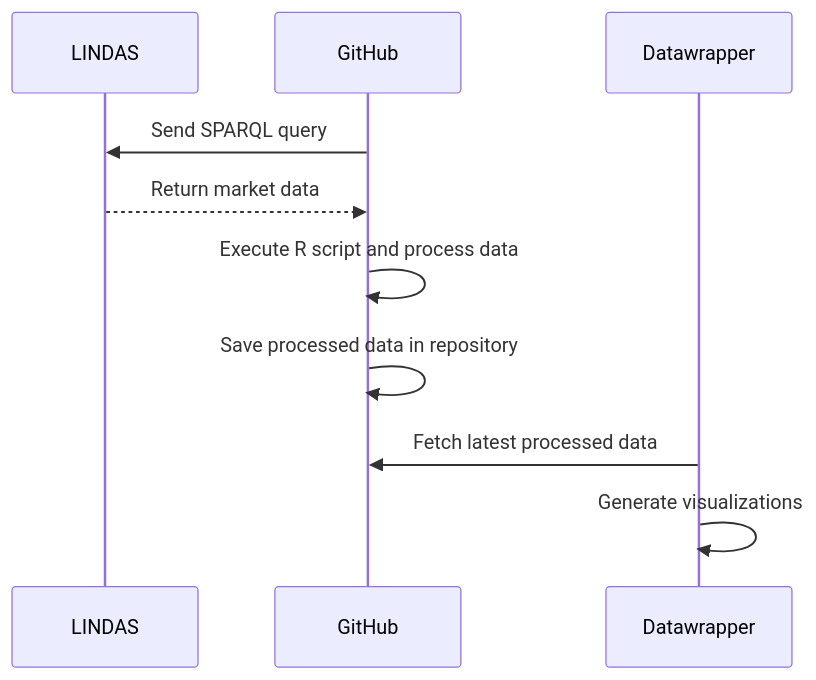
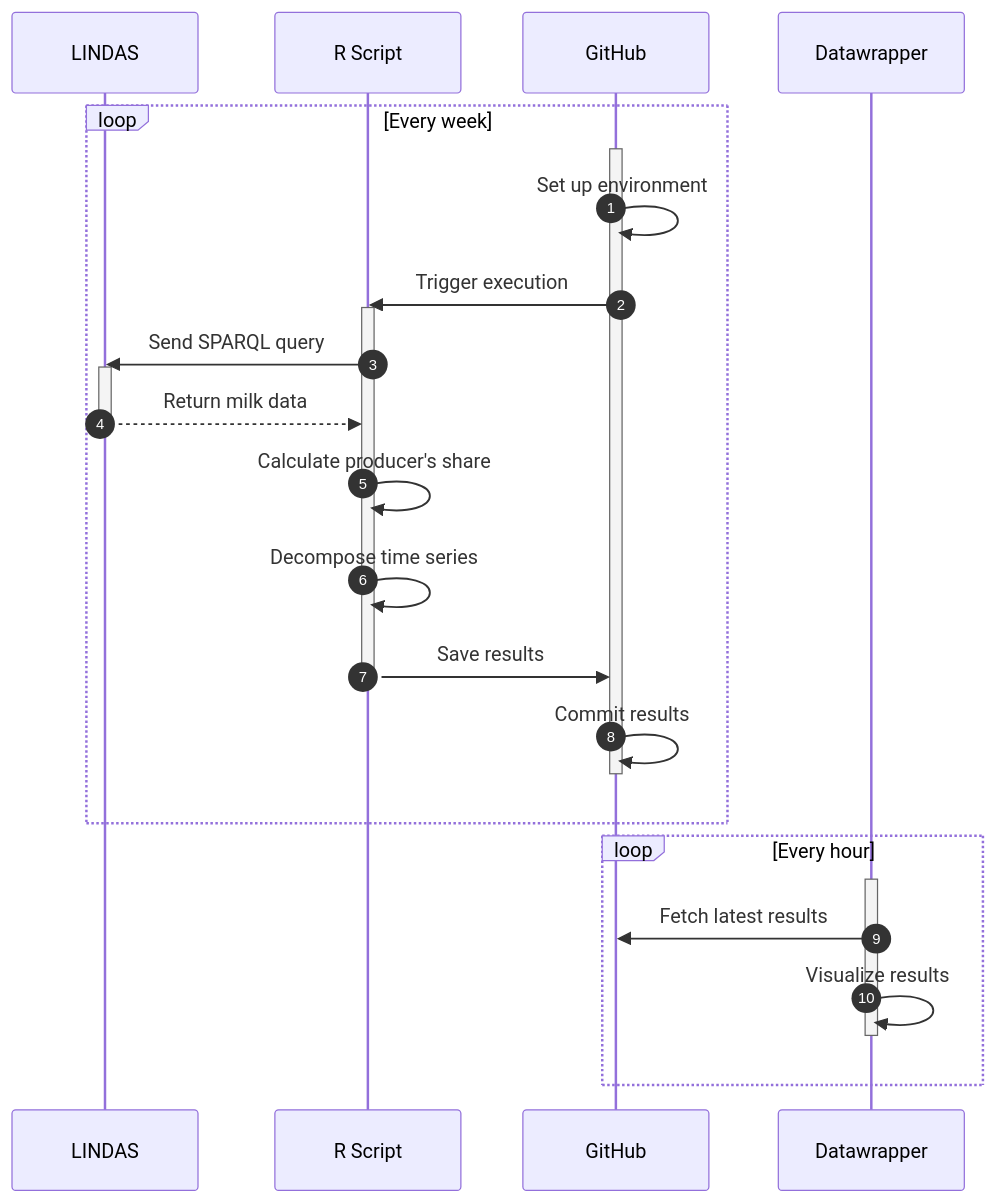
The diagram in README.md (blw-ofag-ufag/poc-producers-share), drawn with Mermaid before and after one commit.

````diff
--- a/README.md
+++ b/README.md
@@ -31,13 +31,30 @@
 ```mermaid
 sequenceDiagram
+    autonumber
     participant LINDAS
+    participant R Script
     participant GitHub
     participant Datawrapper
-
-    GitHub->>LINDAS: Send SPARQL query
-    LINDAS-->>GitHub: Return market data
-    GitHub->>GitHub: Execute R script and process data
-    GitHub->>GitHub: Save processed data in repository
-    Datawrapper->>GitHub: Fetch latest processed data
-    Datawrapper->>Datawrapper: Generate visualizations
+    loop Every week
+        activate GitHub
+        GitHub->>GitHub: Set up environment
+        GitHub->>R Script: Trigger execution
+        activate R Script
+        R Script->>LINDAS: Send SPARQL query
+        activate LINDAS
+        LINDAS-->>R Script: Return milk data
+        deactivate LINDAS
+        R Script->>R Script: Calculate producer's share
+        R Script->>R Script: Decompose time series
+        R Script->>GitHub: Save results
+        deactivate R Script
+        GitHub->>GitHub: Commit results
+        deactivate GitHub
+    end
+    loop Every hour
+        activate Datawrapper
+        Datawrapper->>GitHub: Fetch latest results
+        Datawrapper->>Datawrapper: Visualize results
+        deactivate Datawrapper
+    end
 ```
````
